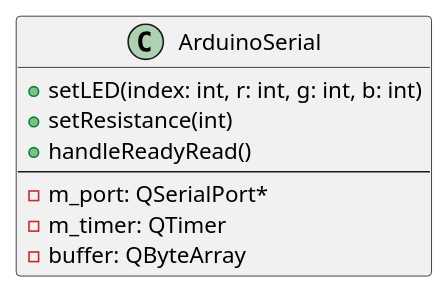
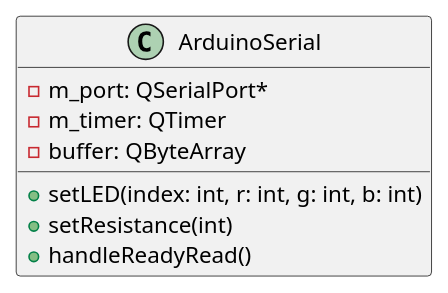
One commit to Anders-Clement/B208 changed the diagram in uml/class/ArduinoSerial.iuml. Above: the diagram before and after it, drawn with PlantUML. The commit also changed 8 other files, not shown here.

```diff
--- a/uml/class/ArduinoSerial.iuml
+++ b/uml/class/ArduinoSerial.iuml
@@ -1,9 +1,8 @@
 class ArduinoSerial {
+    - m_port: QSerialPort*
+    - m_timer: QTimer
+    - buffer: QByteArray
     + setLED(index: int, r: int, g: int, b: int)
     + setResistance(int)
     + handleReadyRead()
-    --
-    - m_port: QSerialPort*
-    - m_timer: QTimer
-    - buffer: QByteArray
 }
```
